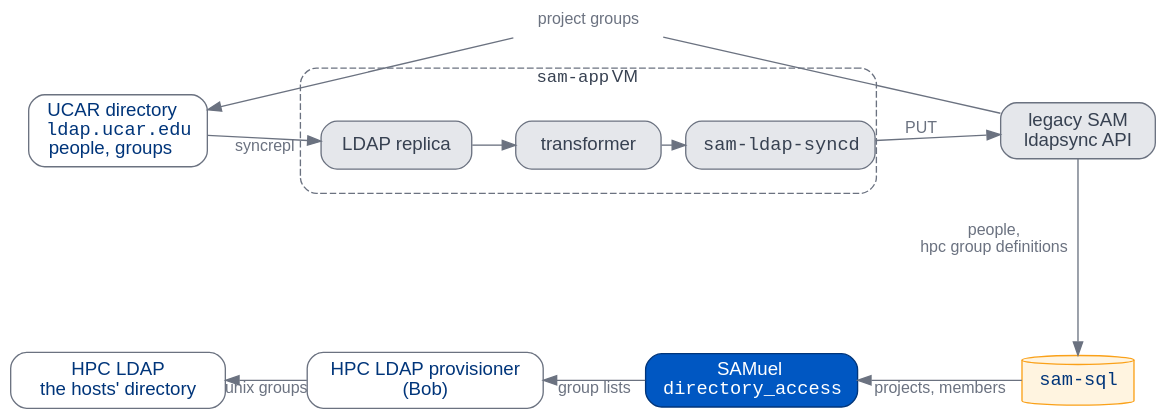
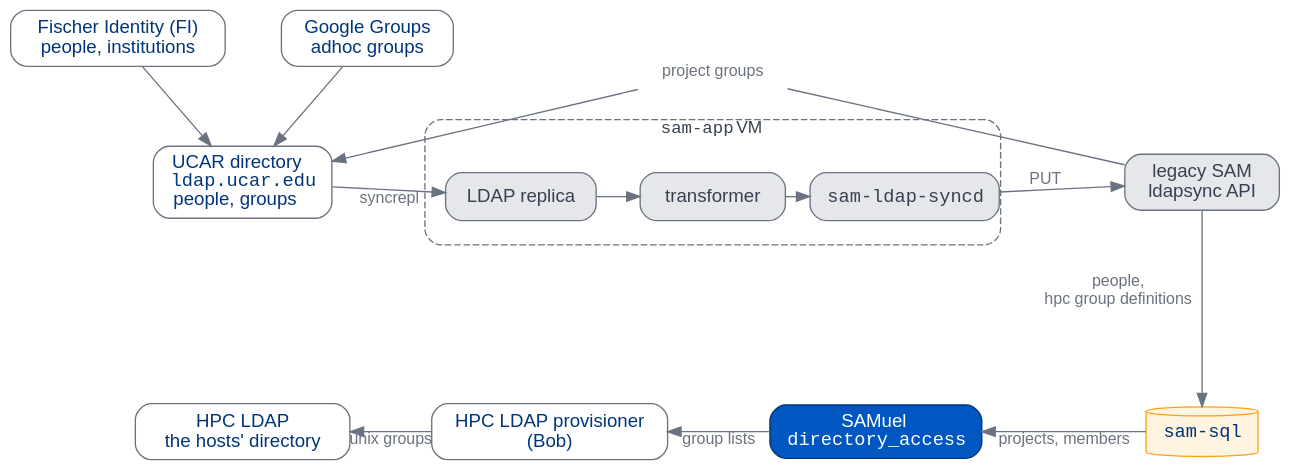
One commit to benkirk/sam-queries changed the sixth of 6 diagrams in docs/presentations/samuel/_4-systems.qmd. Above: the diagram before and after it, drawn with Graphviz. The commit also changed other lines of this file and 1 other file, not shown here.

First line of the commit message:
Decks: Fischer Identity and Google Groups upstream of the UCAR directory

````diff
--- a/docs/presentations/samuel/_4-systems.qmd
+++ b/docs/presentations/samuel/_4-systems.qmd
@@ -551,34 +562,38 @@
 ```{dot}
 //| fig-width: 10
 digraph Loop {
   graph [layout=neato, splines=true, bgcolor="transparent"];
   node  [shape=box, style="rounded,filled", fontname="Helvetica", fontsize=14,
          fillcolor="#FFFFFF", color="#6B7280", fontcolor="#00357A", margin="0.18,0.08"];
   edge  [fontname="Helvetica", fontsize=12, color="#6B7280", fontcolor="#6B7280"];
   // the sam-app VM, drawn first so it sits behind its three services
   box    [label=<<FONT FACE="Courier">sam-app</FONT>&#160;VM>, labelloc=t, shape=box, style="rounded,dashed", width=6.0, height=1.3,
           fixedsize=true, color="#6B7280", fontcolor="#374151", fontsize=13, pos="5.3,2.6!"];
+  fi     [label="Fischer Identity (FI)\npeople, institutions", pos="-0.9,4.1!"];
+  gg     [label="Google Groups\nadhoc groups", pos="1.7,4.1!"];
   dir    [label=<UCAR directory<BR/><FONT FACE="Courier">ldap.ucar.edu</FONT><BR/>people, groups>, pos="0.4,2.6!"];
   repl   [label="LDAP replica", pos="3.3,2.45!", fillcolor="#E5E7EB", fontcolor="#374151"];
   xf     [label="transformer", pos="5.3,2.45!", fillcolor="#E5E7EB", fontcolor="#374151"];
   syncd  [label=<<FONT FACE="Courier">sam-ldap-syncd</FONT>>, pos="7.3,2.45!", fillcolor="#E5E7EB", fontcolor="#374151"];
   tomcat [label="legacy SAM\nldapsync API", pos="10.4,2.6!", fillcolor="#E5E7EB", fontcolor="#374151"];
   sql    [label=<<FONT FACE="Courier">sam-sql</FONT>>, pos="10.4,0!", shape=cylinder, fillcolor="#FFF4E0", color="#FAA119"];
   samuel [label=<SAMuel<BR/><FONT FACE="Courier">directory_access</FONT>>, pos="7.0,0!", fillcolor="#0057C2", color="#00357A",
           fontcolor="#FFFFFF"];
   prov   [label="HPC LDAP provisioner\n(Bob)", pos="3.6,0!"];
   hpcldap [label="HPC LDAP\nthe hosts' directory", pos="0.4,0!"];
+  fi -> dir;
+  gg -> dir;
   dir -> repl [label="syncrepl"];
   repl -> xf; xf -> syncd;
   syncd -> tomcat [label="PUT"];
   tomcat -> sql [label="people,\nhpc group definitions"];
   // project groups go back over the top, through an invisible waypoint
   wp     [label="project groups", shape=plaintext, style="", fontsize=12, fontcolor="#6B7280",
           pos="5.3,3.75!"];
   tomcat -> wp [arrowhead=none];
   wp -> dir;
   sql -> samuel [label="projects, members"];
   samuel -> prov [label="group lists"];
   prov -> hpcldap [label="unix groups"];
 }
 ```
````
